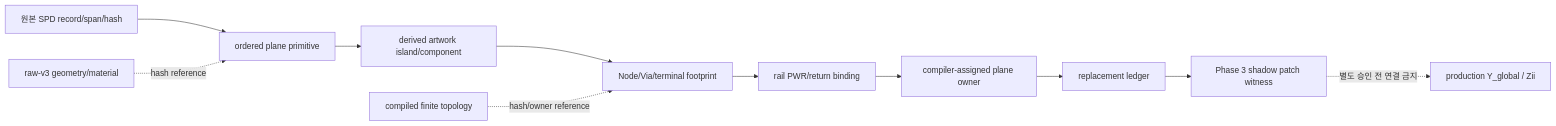
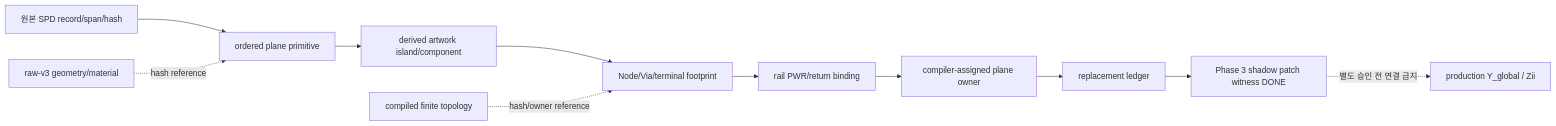
One commit to yunhyok/spd-decap-pi-evaluator changed the first of 2 diagrams in docs/SOURCE_DERIVED_PHYSICAL_IR.md. Above: the diagram before and after it, drawn with Mermaid. The commit also changed other lines of this file and 4 other files, not shown here.

Commit message:
feat: add source plane patch shadow witness

````diff
--- a/docs/SOURCE_DERIVED_PHYSICAL_IR.md
+++ b/docs/SOURCE_DERIVED_PHYSICAL_IR.md
@@ -24,13 +24,13 @@
 ```mermaid
 flowchart LR
   A[원본 SPD record/span/hash] --> B[ordered plane primitive]
   B --> C[derived artwork island/component]
   C --> D[Node/Via/terminal footprint]
   D --> E[rail PWR/return binding]
   E --> F[compiler-assigned plane owner]
   F --> G[replacement ledger]
-  G --> H[Phase 3 shadow patch witness]
+  G --> H[Phase 3 shadow patch witness DONE]
   H -. 별도 승인 전 연결 금지 .-> K[production Y_global / Zii]
   I[raw-v3 geometry/material] -. hash reference .-> B
   J[compiled finite topology] -. hash/owner reference .-> D
 ```
````
